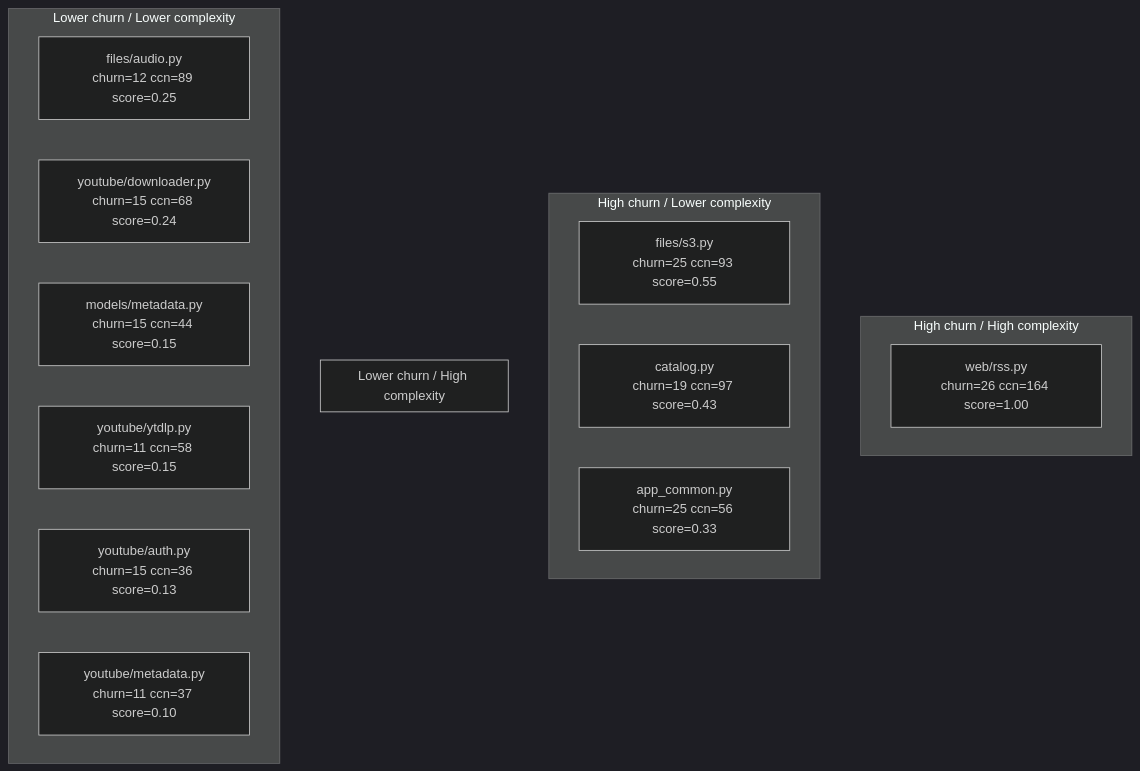
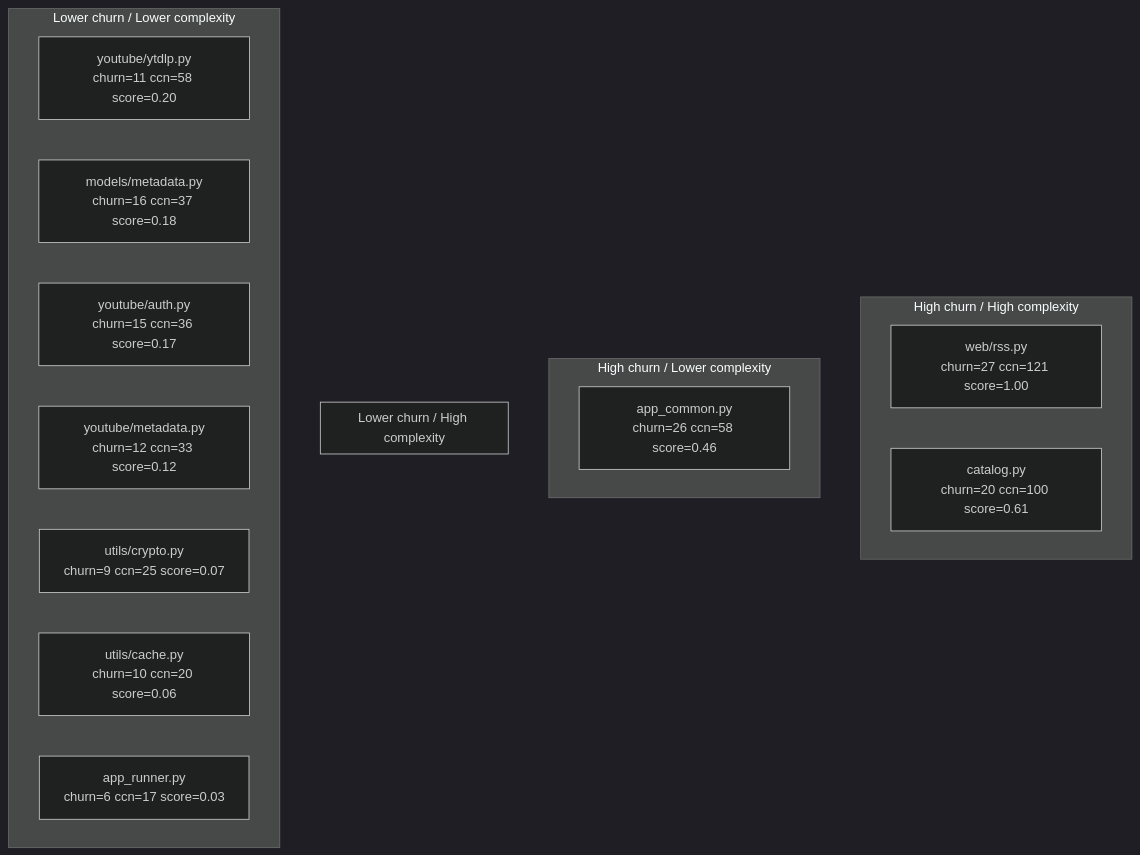
One commit to BinaryBand/adrift changed the second of 2 diagrams in docs/PLAYBOOK.md. Above: the diagram before and after it, drawn with Mermaid (dark theme). The commit also changed other lines of this file and 8 other files, not shown here.

````diff
--- a/docs/PLAYBOOK.md
+++ b/docs/PLAYBOOK.md
@@ -171,21 +116,21 @@
 ```mermaid
 graph TD
     subgraph sg_hh["High churn / High complexity"]
-        src_web_rss_py["web/rss.py\nchurn=26 ccn=164 score=1.00"]
+        src_web_rss_py["web/rss.py\nchurn=27 ccn=121 score=1.00"]
+        src_catalog_py["catalog.py\nchurn=20 ccn=100 score=0.61"]
     end
     subgraph sg_hl["High churn / Lower complexity"]
-        src_files_s3_py["files/s3.py\nchurn=25 ccn=93 score=0.55"]
-        src_catalog_py["catalog.py\nchurn=19 ccn=97 score=0.43"]
-        src_app_common_py["app_common.py\nchurn=25 ccn=56 score=0.33"]
+        src_app_common_py["app_common.py\nchurn=26 ccn=58 score=0.46"]
     end
     subgraph sg_lh["Lower churn / High complexity"]
     end
     subgraph sg_ll["Lower churn / Lower complexity"]
-        src_files_audio_py["files/audio.py\nchurn=12 ccn=89 score=0.25"]
-        src_youtube_downloader_py["youtube/downloader.py\nchurn=15 ccn=68 score=0.24"]
-        src_models_metadata_py["models/metadata.py\nchurn=15 ccn=44 score=0.15"]
-        src_youtube_ytdlp_py["youtube/ytdlp.py\nchurn=11 ccn=58 score=0.15"]
-        src_youtube_auth_py["youtube/auth.py\nchurn=15 ccn=36 score=0.13"]
-        src_youtube_metadata_py["youtube/metadata.py\nchurn=11 ccn=37 score=0.10"]
+        src_youtube_ytdlp_py["youtube/ytdlp.py\nchurn=11 ccn=58 score=0.20"]
+        src_models_metadata_py["models/metadata.py\nchurn=16 ccn=37 score=0.18"]
+        src_youtube_auth_py["youtube/auth.py\nchurn=15 ccn=36 score=0.17"]
+        src_youtube_metadata_py["youtube/metadata.py\nchurn=12 ccn=33 score=0.12"]
+        src_utils_crypto_py["utils/crypto.py\nchurn=9 ccn=25 score=0.07"]
+        src_utils_cache_py["utils/cache.py\nchurn=10 ccn=20 score=0.06"]
+        src_app_runner_py["app_runner.py\nchurn=6 ccn=17 score=0.03"]
     end
 ```
````
